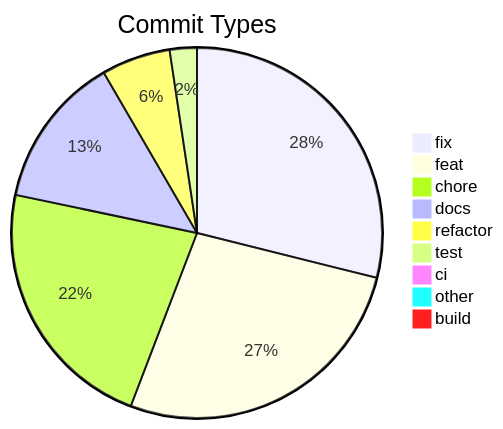
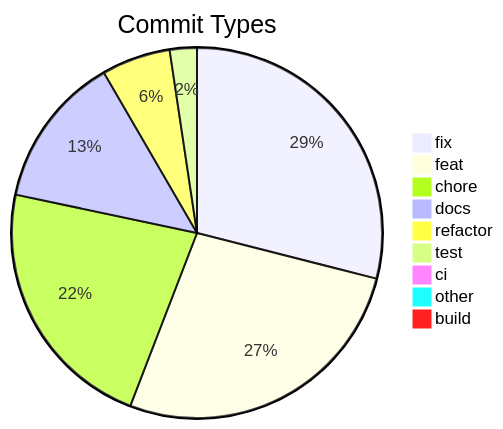
The diagram in .shipwright/compliance/change-history.md (svenroth-ai/shipwright), drawn with Mermaid before and after one commit. The commit also changed other lines of this file and 19 other files, not shown here.

````diff
--- a/.shipwright/compliance/change-history.md
+++ b/.shipwright/compliance/change-history.md
@@ -8,12 +8,12 @@
 ```mermaid
 pie title Commit Types
-    "fix" : 293
+    "fix" : 294
     "feat" : 273
     "chore" : 228
     "docs" : 135
     "refactor" : 61
     "test" : 24
     "ci" : 7
     "other" : 7
     "build" : 1
 ```
````
